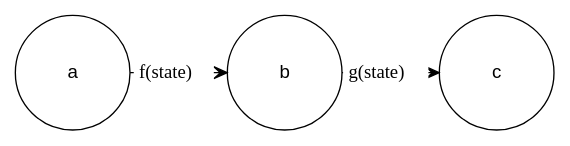
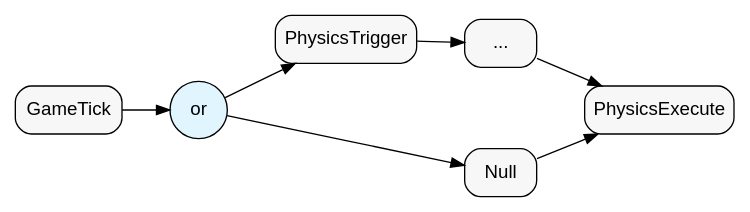
The fifth of 5 diagrams in posts/Games-as-Graphs.org (Pancakey8/blog), drawn with Graphviz before and after one commit. The commit also changed other lines of this file, not shown here.

```diff
--- a/posts/Games-as-Graphs.org
+++ b/posts/Games-as-Graphs.org
@@ -315,31 +342,19 @@
-#+begin_src dot :file games-as-graphs-arrow-sequenced.svg :exports results
+#+BEGIN_SRC dot :file games-as-graphs-fanin.svg :exports results
   digraph G {
-  	rankdir=LR;
-  	node [shape=circle, fontname="sans-serif", fixedsize=true, width=1.2];
-  	edge [arrowhead=vee, minlen=2];
+      rankdir=LR;
+      fontname="Arial";
+      nodesep=0.8;
 
-  	a -> b [
-  		labeldistance=4,
-  		labelangle=0,
-  		headlabel=<
-  			<table bgcolor="white" border="0">
-  			       <tr>
-  					<td>f(state)</td>
-  			       </tr>
-  			</table>
-  		>
-  	]
+      node [shape=circle, style="rounded,filled", width=0.6, fixedsize=true, fillcolor="#e1f5fe", fontname="Arial"];
+      or [label="or"];
 
-  	b -> c [
-  		labeldistance=4,
-  		labelangle=0,
-  		headlabel=<
-  			<table bgcolor="white" border="0">
-  			       <tr>
-  					<td>g(state)</td>
-  			       </tr>
-  			</table>
-  		>
-  	]
+      node [shape=box, fillcolor="#f7f7f7", width=default, fixedsize=false];
+      GameTick -> or;
+      or -> PhysicsTrigger;
+      or -> Null;
+      PhysicsTrigger -> Dots;
+      Dots [label="..."];
+      Dots -> PhysicsExecute;
+      Null -> PhysicsExecute;
   }
-#+end_src
+#+END_SRC
```
